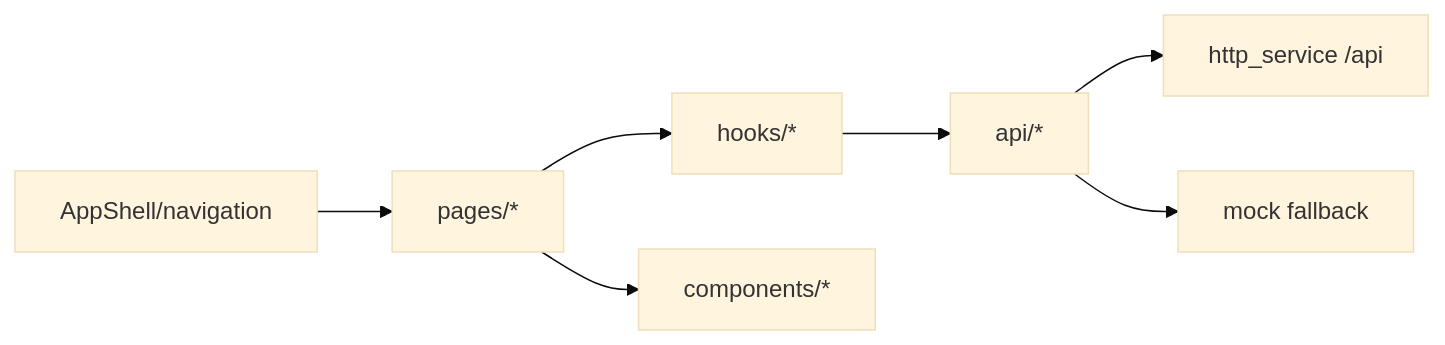
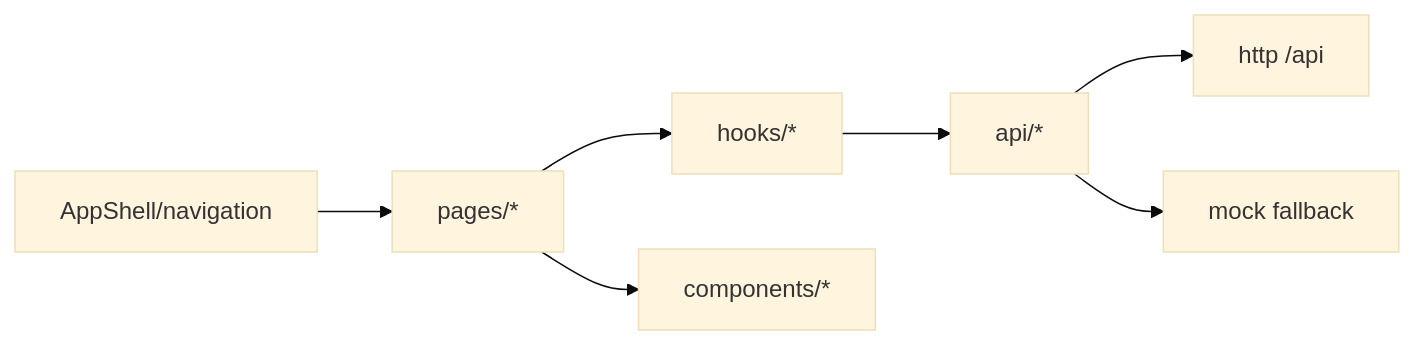
One commit to 373699756/live_stream changed the first of 3 diagrams in docs/web/web-console-design.md. Above: the diagram before and after it, drawn with Mermaid (base theme). The commit also changed other lines of this file and 517 other files, not shown here.

````diff
--- a/docs/web/web-console-design.md
+++ b/docs/web/web-console-design.md
@@ -11,9 +11,9 @@
 ```mermaid
 flowchart LR
   AppShell[AppShell/navigation] --> Pages[pages/*]
   Pages --> Hooks[hooks/*]
   Hooks --> Api[api/*]
-  Api --> HTTP[http_service /api]
+  Api --> HTTP[http /api]
   Pages --> Components[components/*]
   Api --> Mock[mock fallback]
 ```
````
